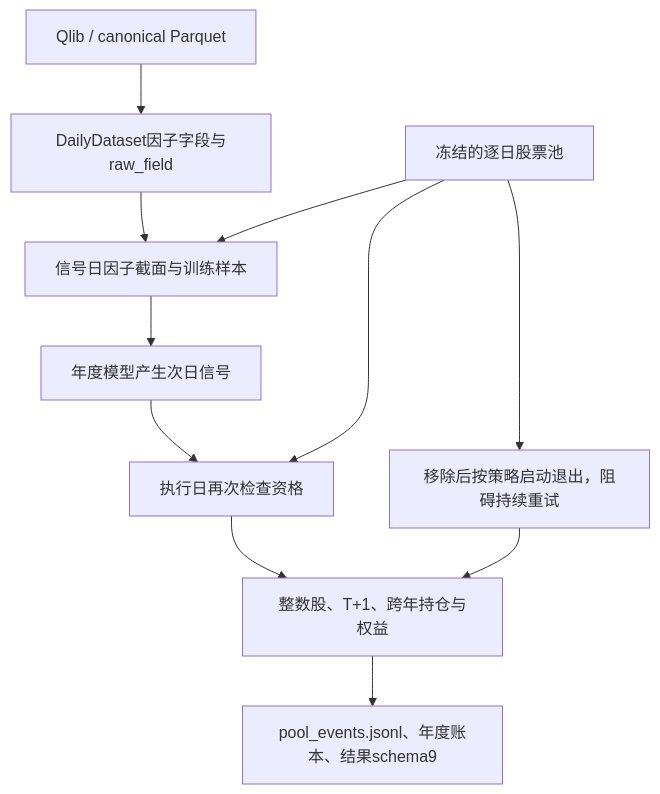
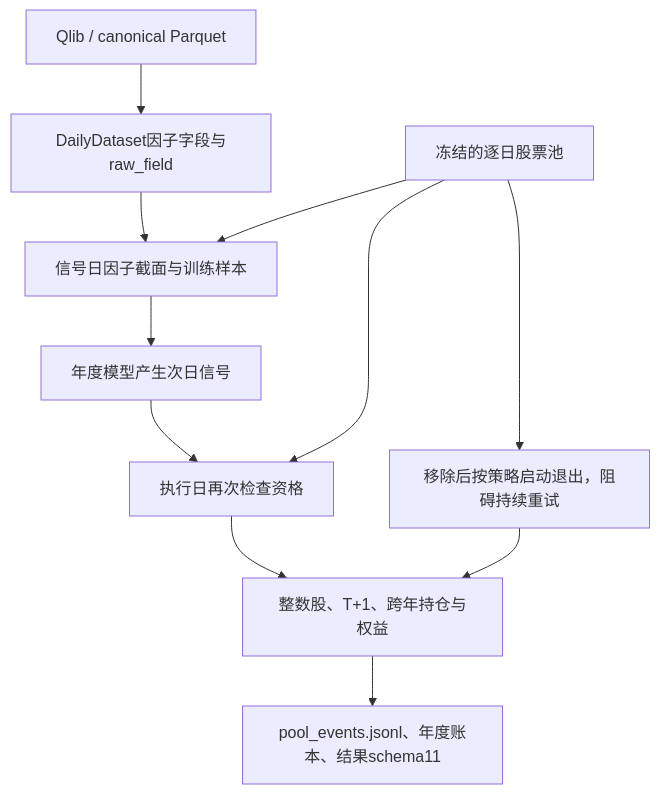
Before and after one commit to Dennishaha/JFQuant: the second of 4 diagrams in crates/ml/src/backtest/README.md, drawn with Mermaid. The commit also changed other lines of this file and 71 other files, not shown here.

````diff
--- a/crates/ml/src/backtest/README.md
+++ b/crates/ml/src/backtest/README.md
@@ -61,13 +61,13 @@
 ```mermaid
 flowchart TD
   INPUT["Qlib / canonical Parquet"] --> DAILY["DailyDataset因子字段与raw_field"]
   POOL["冻结的逐日股票池"] --> SAMPLE["信号日因子截面与训练样本"]
   DAILY --> SAMPLE
   SAMPLE --> PREDICT["年度模型产生次日信号"]
   PREDICT --> CHECK["执行日再次检查资格"]
   POOL --> CHECK
   CHECK --> LEDGER["整数股、T+1、跨年持仓与权益"]
   POOL --> EXIT["移除后按策略启动退出，阻碍持续重试"]
   EXIT --> LEDGER
-  LEDGER --> EVENTS["pool_events.jsonl、年度账本、结果schema9"]
+  LEDGER --> EVENTS["pool_events.jsonl、年度账本、结果schema11"]
 ```
````
